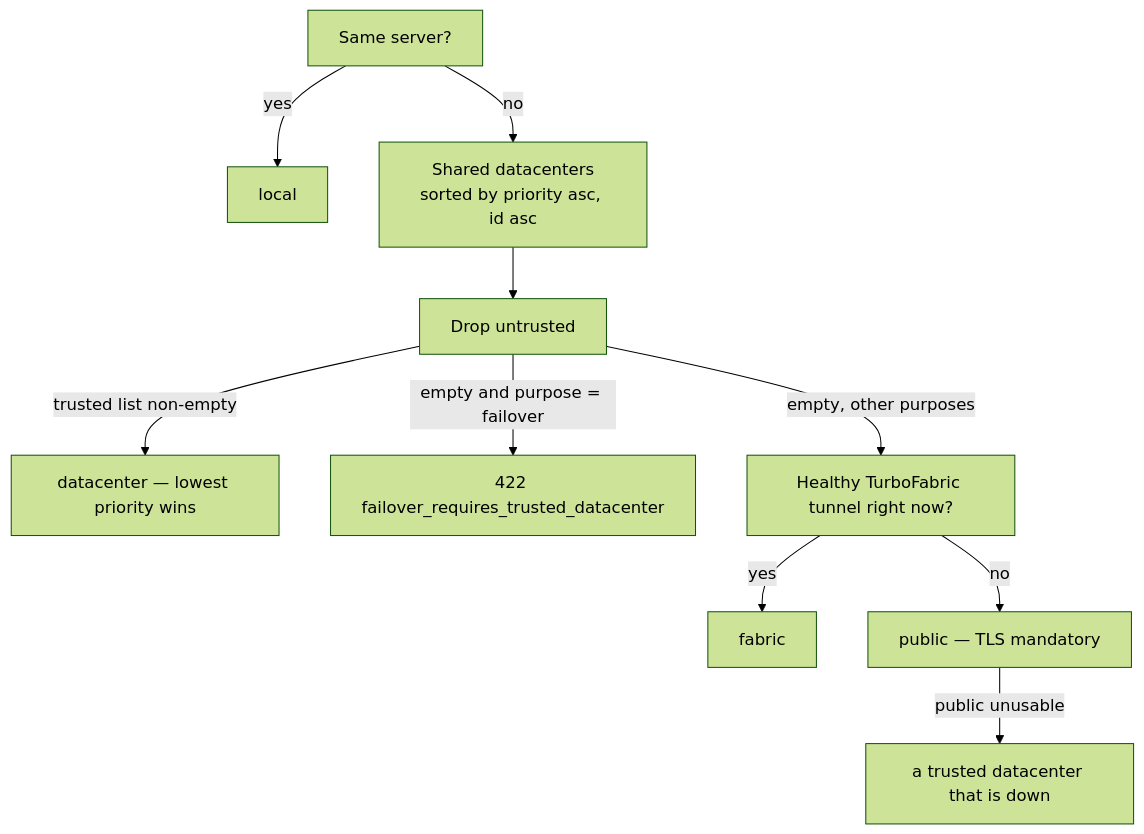
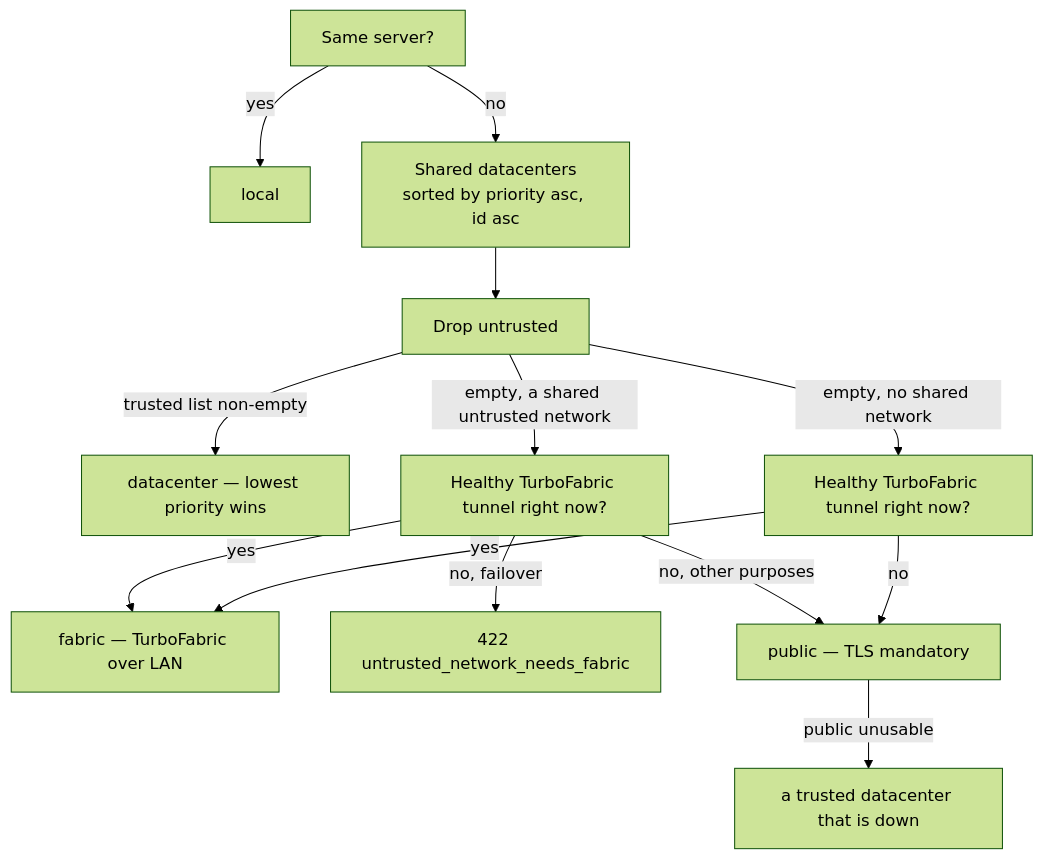
Before and after one commit to TurboPanel/website: the diagram in docs/architecture/datacenter-networks.mdx, drawn with Mermaid (forest theme). The commit also changed other lines of this file and 5 other files, not shown here.

First line of the commit message:
docs(network): describe TurboFabric over LAN for untrusted networks

````diff
--- a/docs/architecture/datacenter-networks.mdx
+++ b/docs/architecture/datacenter-networks.mdx
@@ -71,12 +71,15 @@
 ```mermaid
 flowchart TD
   A["Same server?"] -->|yes| L["local"]
   A -->|no| B["Shared datacenters<br/>sorted by priority asc, id asc"]
   B --> C["Drop untrusted"]
   C -->|"trusted list non-empty"| D["datacenter — lowest priority wins"]
-  C -->|"empty and purpose = failover"| E["422 failover_requires_trusted_datacenter"]
-  C -->|"empty, other purposes"| F["Healthy TurboFabric tunnel right now?"]
-  F -->|yes| G["fabric"]
-  F -->|no| H["public — TLS mandatory"]
+  C -->|"empty, a shared untrusted network"| F["Healthy TurboFabric tunnel right now?"]
+  F -->|yes| G["fabric — TurboFabric over LAN"]
+  F -->|"no, failover"| E["422 untrusted_network_needs_fabric"]
+  F -->|"no, other purposes"| H["public — TLS mandatory"]
+  C -->|"empty, no shared network"| F2["Healthy TurboFabric tunnel right now?"]
+  F2 -->|yes| G
+  F2 -->|no| H
   H -->|"public unusable"| I["a trusted datacenter that is down"]
 ```
````
